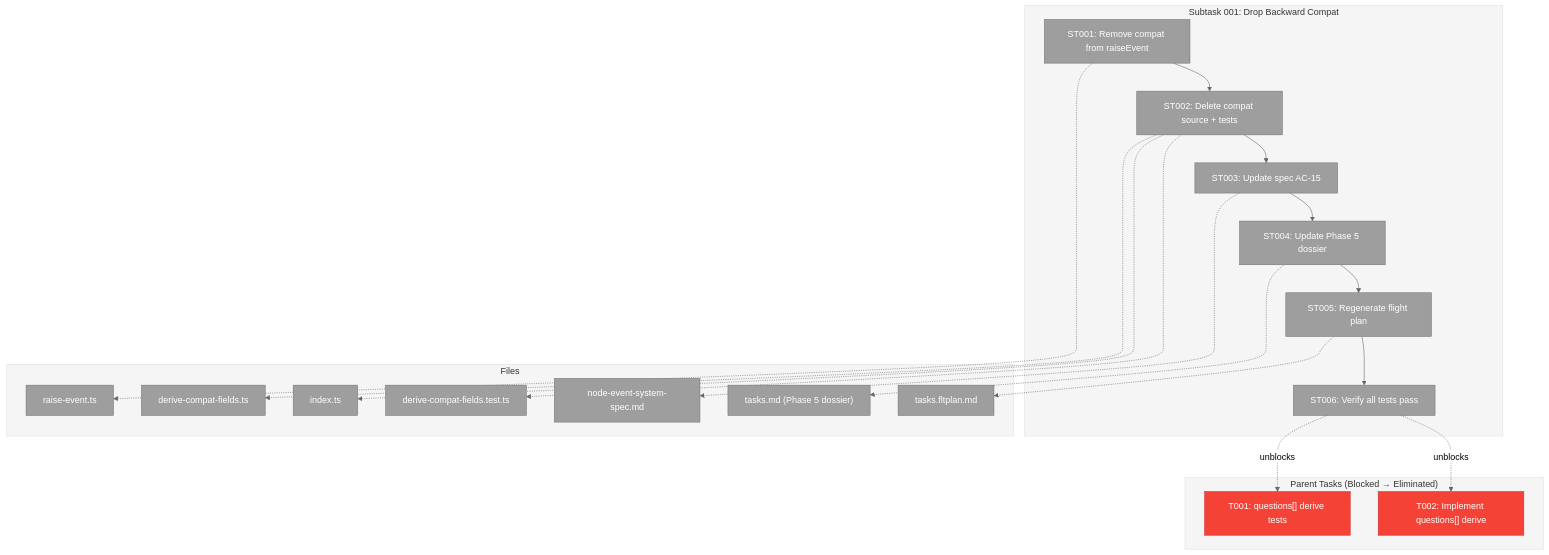
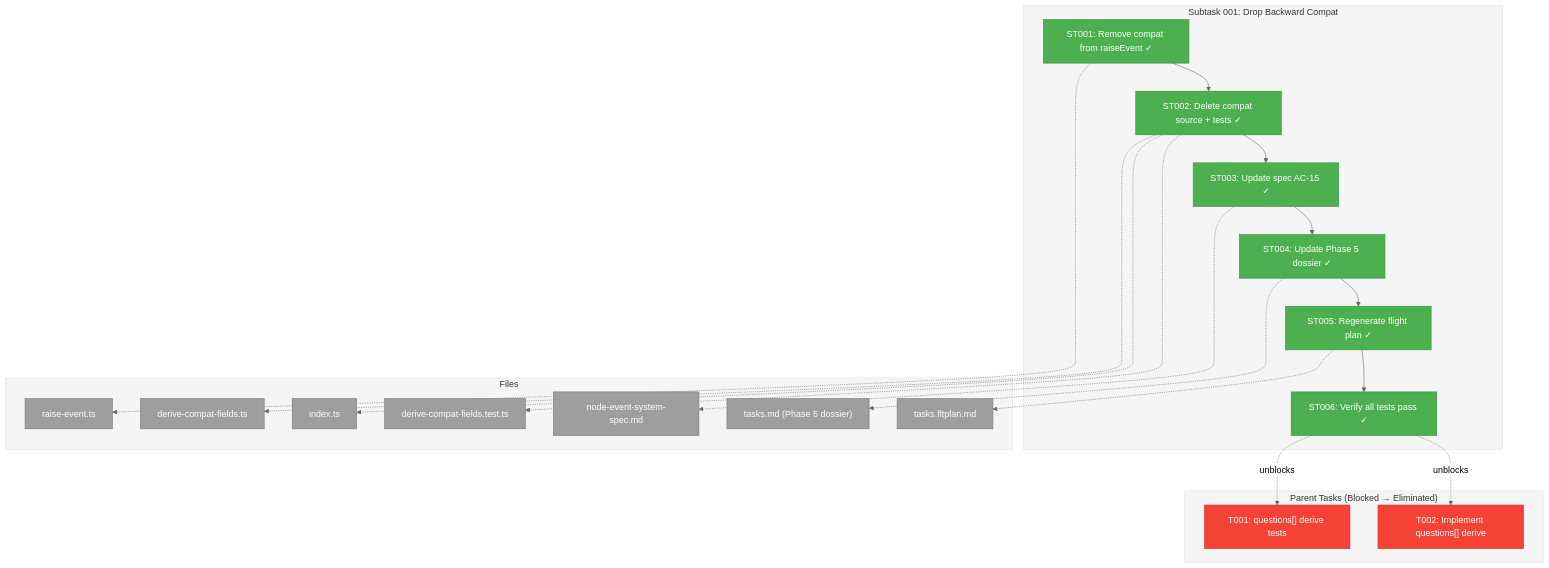
One commit to AI-Substrate/chainglass changed the diagram in docs/plans/032-node-event-system/tasks/phase-5-service-method-wrappers/001-subtask-drop-backward-compat.md. Above: the diagram before and after it, drawn with Mermaid (neutral theme). The commit also changed other lines of this file and 10 other files, not shown here.

````diff
--- a/docs/plans/032-node-event-system/tasks/phase-5-service-method-wrappers/001-subtask-drop-backward-compat.md
+++ b/docs/plans/032-node-event-system/tasks/phase-5-service-method-wrappers/001-subtask-drop-backward-compat.md
@@ -121,51 +121,51 @@
 ```mermaid
 flowchart TD
     classDef pending fill:#9E9E9E,stroke:#757575,color:#fff
     classDef inprogress fill:#FF9800,stroke:#F57C00,color:#fff
     classDef completed fill:#4CAF50,stroke:#388E3C,color:#fff
     classDef blocked fill:#F44336,stroke:#D32F2F,color:#fff
 
     style Subtask fill:#F5F5F5,stroke:#E0E0E0
     style Files fill:#F5F5F5,stroke:#E0E0E0
     style Parent fill:#F5F5F5,stroke:#E0E0E0
 
     subgraph Parent["Parent Tasks (Blocked → Eliminated)"]
         PT001["T001: questions[] derive tests"]:::blocked
         PT002["T002: Implement questions[] derive"]:::blocked
     end
 
     subgraph Subtask["Subtask 001: Drop Backward Compat"]
-        ST001["ST001: Remove compat from raiseEvent"]:::pending
-        ST002["ST002: Delete compat source + tests"]:::pending
-        ST003["ST003: Update spec AC-15"]:::pending
-        ST004["ST004: Update Phase 5 dossier"]:::pending
-        ST005["ST005: Regenerate flight plan"]:::pending
-        ST006["ST006: Verify all tests pass"]:::pending
+        ST001["ST001: Remove compat from raiseEvent ✓"]:::completed
+        ST002["ST002: Delete compat source + tests ✓"]:::completed
+        ST003["ST003: Update spec AC-15 ✓"]:::completed
+        ST004["ST004: Update Phase 5 dossier ✓"]:::completed
+        ST005["ST005: Regenerate flight plan ✓"]:::completed
+        ST006["ST006: Verify all tests pass ✓"]:::completed
 
         ST001 --> ST002
         ST002 --> ST003
         ST003 --> ST004
         ST004 --> ST005
         ST005 --> ST006
     end
 
     subgraph Files["Files"]
         F1["raise-event.ts"]:::pending
         F2["derive-compat-fields.ts"]:::pending
         F3["index.ts"]:::pending
         F4["derive-compat-fields.test.ts"]:::pending
         F5["node-event-system-spec.md"]:::pending
         F6["tasks.md (Phase 5 dossier)"]:::pending
         F7["tasks.fltplan.md"]:::pending
     end
 
     ST001 -.-> F1
     ST002 -.-> F2
     ST002 -.-> F3
     ST002 -.-> F4
     ST003 -.-> F5
     ST004 -.-> F6
     ST005 -.-> F7
     ST006 -. "unblocks" .-> PT001
     ST006 -. "unblocks" .-> PT002
 ```
````
